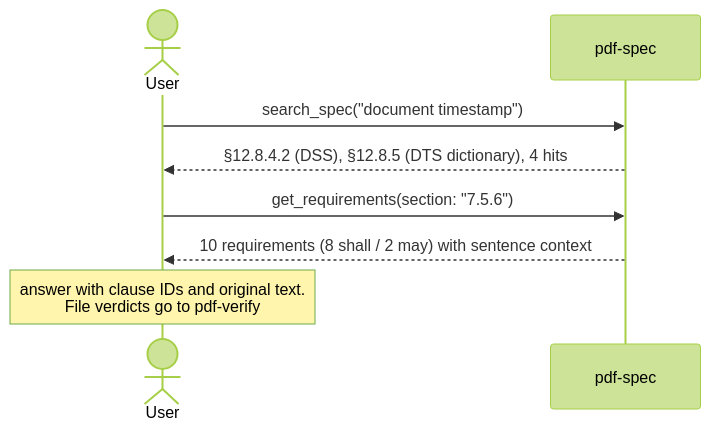
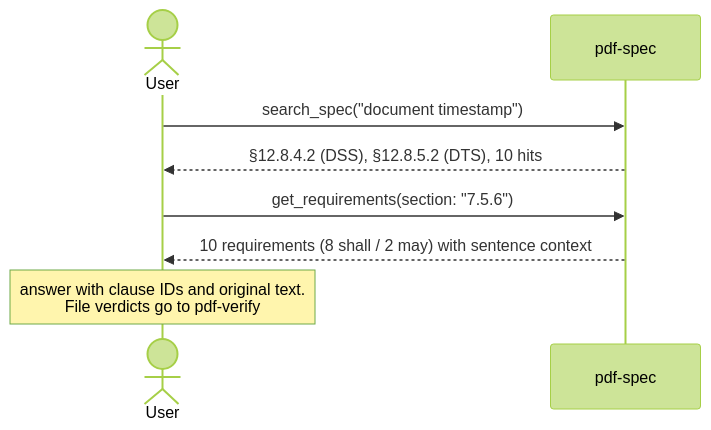
Before and after one commit to shuji-bonji/pdf-agent-stack: the diagram in site/docs/use-cases/spec-research.md, drawn with Mermaid (forest theme). The commit also changed other lines of this file and 11 other files, not shown here.

````diff
--- a/site/docs/use-cases/spec-research.md
+++ b/site/docs/use-cases/spec-research.md
@@ -26,11 +26,11 @@
 ```mermaid
 sequenceDiagram
   actor U as User
   participant S as pdf-spec
 
   U->>S: search_spec("document timestamp")
-  S-->>U: §12.8.4.2 (DSS), §12.8.5 (DTS dictionary), 4 hits
+  S-->>U: §12.8.4.2 (DSS), §12.8.5.2 (DTS), 10 hits
   U->>S: get_requirements(section: "7.5.6")
   S-->>U: 10 requirements (8 shall / 2 may) with sentence context
   Note over U: answer with clause IDs and original text.<br>File verdicts go to pdf-verify
 ```
````
